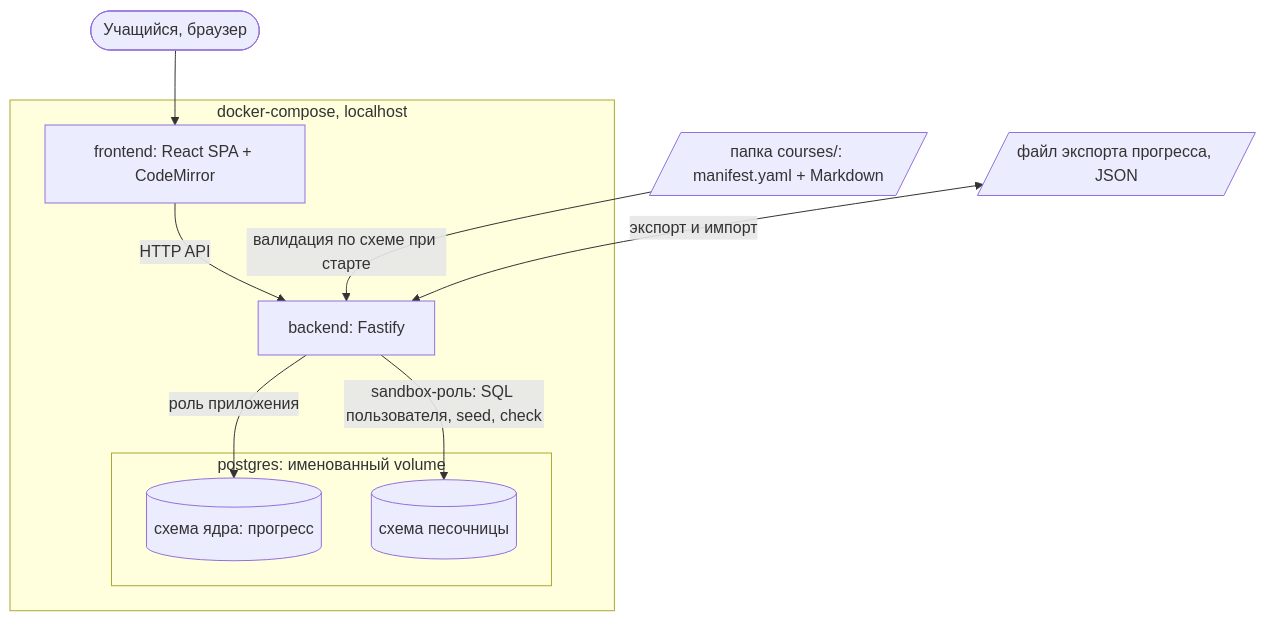
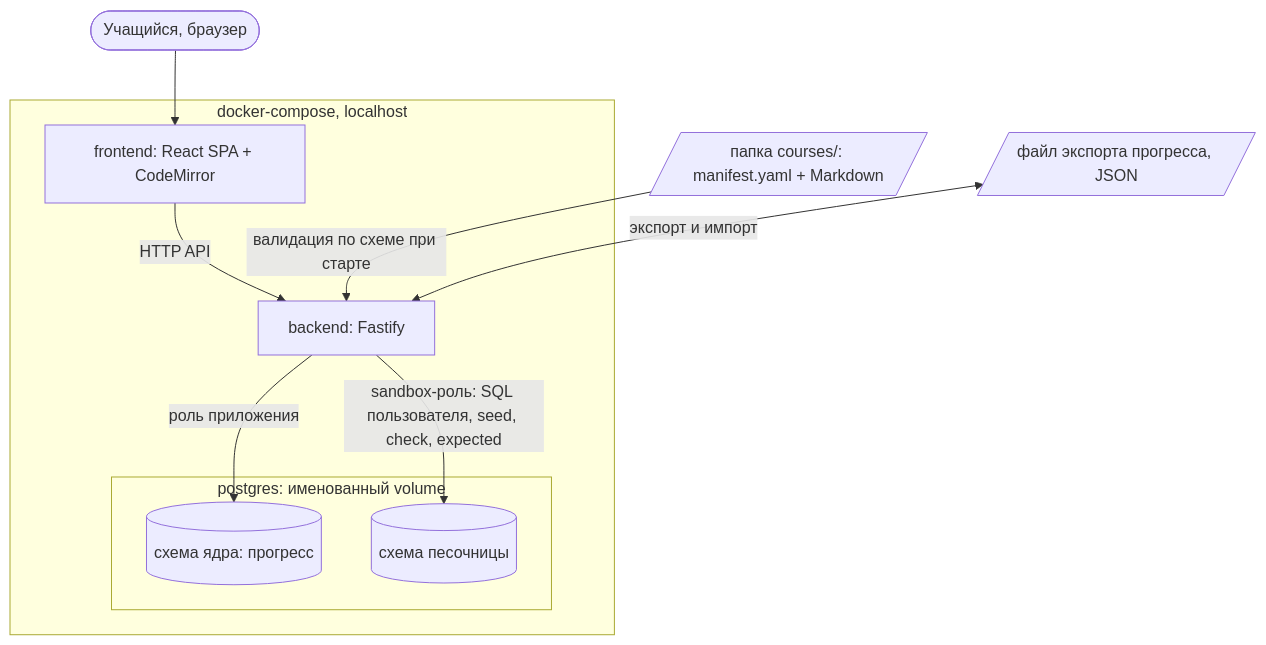
The diagram in docs/architecture.md (CheckCat/trellis), drawn with Mermaid before and after one commit. The commit also changed other lines of this file and 8 other files, not shown here.

````diff
--- a/docs/architecture.md
+++ b/docs/architecture.md
@@ -5,19 +5,19 @@
 ```mermaid
 flowchart TB
     user([Учащийся, браузер]) --> frontend
 
     subgraph compose[docker-compose, localhost]
         frontend[frontend: React SPA + CodeMirror] -->|HTTP API| backend[backend: Fastify]
 
         subgraph postgres[postgres: именованный volume]
             core[(схема ядра: прогресс)]
             sandbox[(схема песочницы)]
         end
 
         backend -->|роль приложения| core
-        backend -->|sandbox-роль: SQL пользователя, seed, check| sandbox
+        backend -->|sandbox-роль: SQL пользователя, seed, check, expected| sandbox
     end
 
     courses[/папка courses/: manifest.yaml + Markdown/] -->|валидация по схеме при старте| backend
     export[/файл экспорта прогресса, JSON/] <-->|экспорт и импорт| backend
 ```
````
